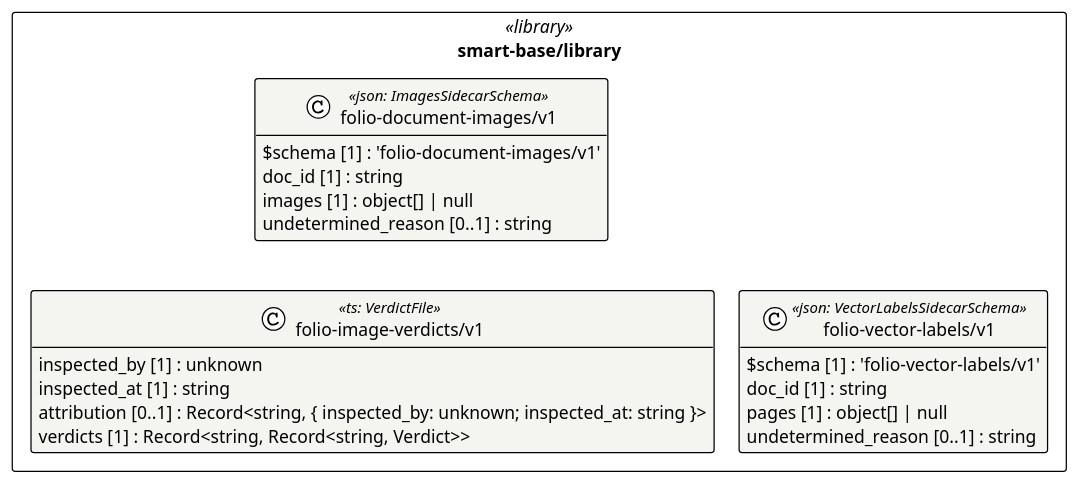
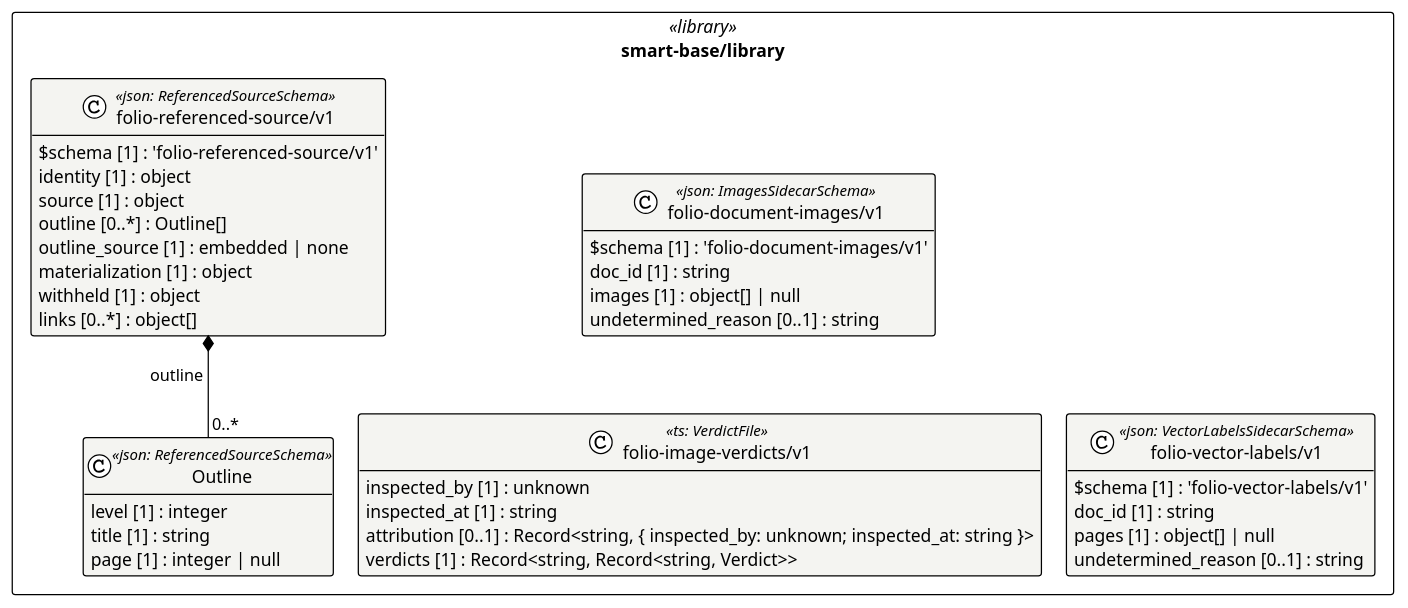
Before and after one commit to litlfred/folio-assistant: the diagram in cat-harness/uml/overview/smart-base/library.puml, drawn with PlantUML. The commit also changed 293 other files, not shown here.

```diff
--- a/cat-harness/uml/overview/smart-base/library.puml
+++ b/cat-harness/uml/overview/smart-base/library.puml
@@ -3,30 +3,46 @@
 @startuml smart_base_library
 !pragma layout elk
 !theme plain
 skinparam classAttributeIconSize 0
 skinparam shadowing false
 skinparam packageStyle rectangle
 hide empty methods
 
 package "smart-base/library" as pkg_smart_base_library <<library>> {
   class "folio-document-images/v1" as smart_base_library_folio_document_images_v1_folio_document_images_v1 <<json: ImagesSidecarSchema>> #f4f4f1 {
     $schema [1] : 'folio-document-images/v1'
     doc_id [1] : string
     images [1] : object[] | null
     undetermined_reason [0..1] : string
   }
   class "folio-image-verdicts/v1" as smart_base_library_folio_image_verdicts_v1 <<ts: VerdictFile>> #f4f4f1 {
     inspected_by [1] : unknown
     inspected_at [1] : string
     attribution [0..1] : Record<string, { inspected_by: unknown; inspected_at: string }>
     verdicts [1] : Record<string, Record<string, Verdict>>
   }
   class "folio-vector-labels/v1" as smart_base_library_folio_vector_labels_v1_folio_vector_labels_v1 <<json: VectorLabelsSidecarSchema>> #f4f4f1 {
     $schema [1] : 'folio-vector-labels/v1'
     doc_id [1] : string
     pages [1] : object[] | null
     undetermined_reason [0..1] : string
   }
+  class "Outline" as smart_base_library_folio_referenced_source_v1_Outline <<json: ReferencedSourceSchema>> #f4f4f1 {
+    level [1] : integer
+    title [1] : string
+    page [1] : integer | null
+  }
+  class "folio-referenced-source/v1" as smart_base_library_folio_referenced_source_v1_folio_referenced_source_v1 <<json: ReferencedSourceSchema>> #f4f4f1 {
+    $schema [1] : 'folio-referenced-source/v1'
+    identity [1] : object
+    source [1] : object
+    outline [0..*] : Outline[]
+    outline_source [1] : embedded | none
+    materialization [1] : object
+    withheld [1] : object
+    links [0..*] : object[]
+  }
 }
 
+smart_base_library_folio_referenced_source_v1_folio_referenced_source_v1 *-- "0..*" smart_base_library_folio_referenced_source_v1_Outline : outline
 @enduml
```
